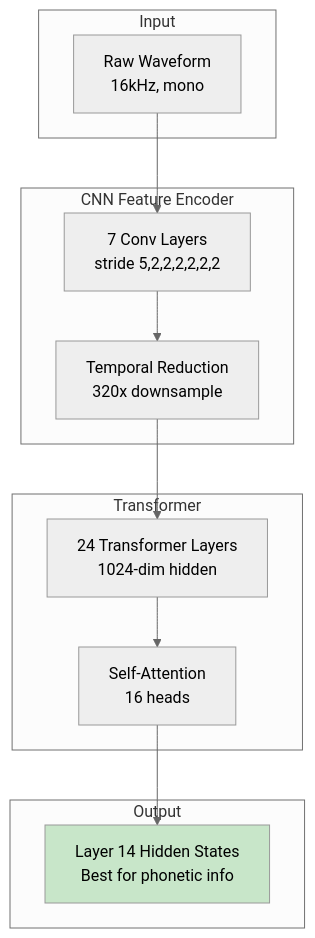
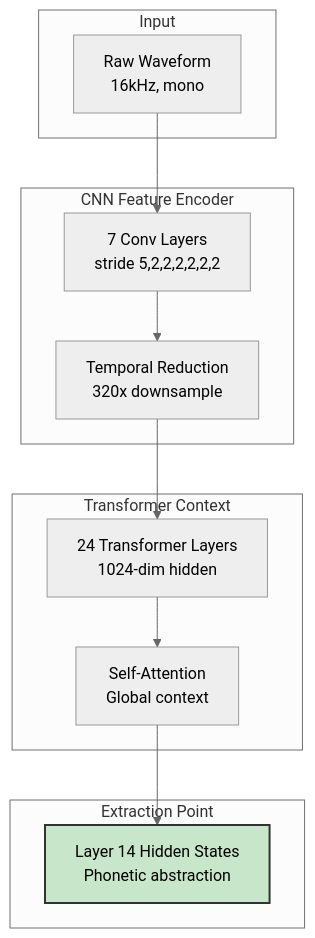
Before and after one commit to shemaobt/model-training: the first of 6 diagrams in docs/ARCHITECTURE.md, drawn with Mermaid (neutral theme). The commit also changed other lines of this file and 1 other file, not shown here.

First line of the commit message:
docs: enhance architecture deep dive and pipeline overview

````diff
--- a/docs/ARCHITECTURE.md
+++ b/docs/ARCHITECTURE.md
@@ -21,24 +21,24 @@
 ```mermaid
 flowchart TB
     subgraph Input
         A[Raw Waveform<br/>16kHz, mono]
     end
     
     subgraph CNN Feature Encoder
         B[7 Conv Layers<br/>stride 5,2,2,2,2,2,2]
         C[Temporal Reduction<br/>320x downsample]
     end
     
-    subgraph Transformer
+    subgraph Transformer Context
         D[24 Transformer Layers<br/>1024-dim hidden]
-        E[Self-Attention<br/>16 heads]
+        E[Self-Attention<br/>Global context]
     end
     
-    subgraph Output
-        F[Layer 14 Hidden States<br/>Best for phonetic info]
+    subgraph Extraction Point
+        F[Layer 14 Hidden States<br/>Phonetic abstraction]
     end
     
     A --> B --> C --> D --> E --> F
     
-    style F fill:#c8e6c9
+    style F fill:#c8e6c9,stroke:#333,stroke-width:2px
 ```
````
